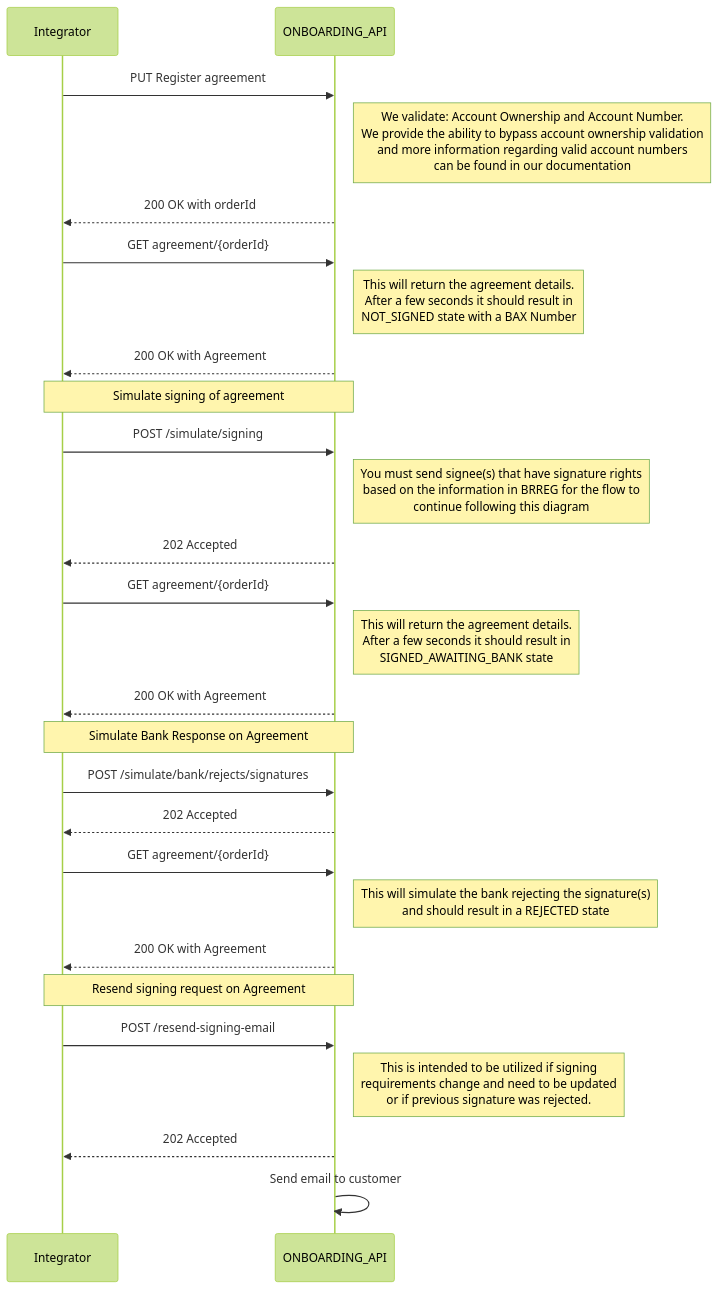
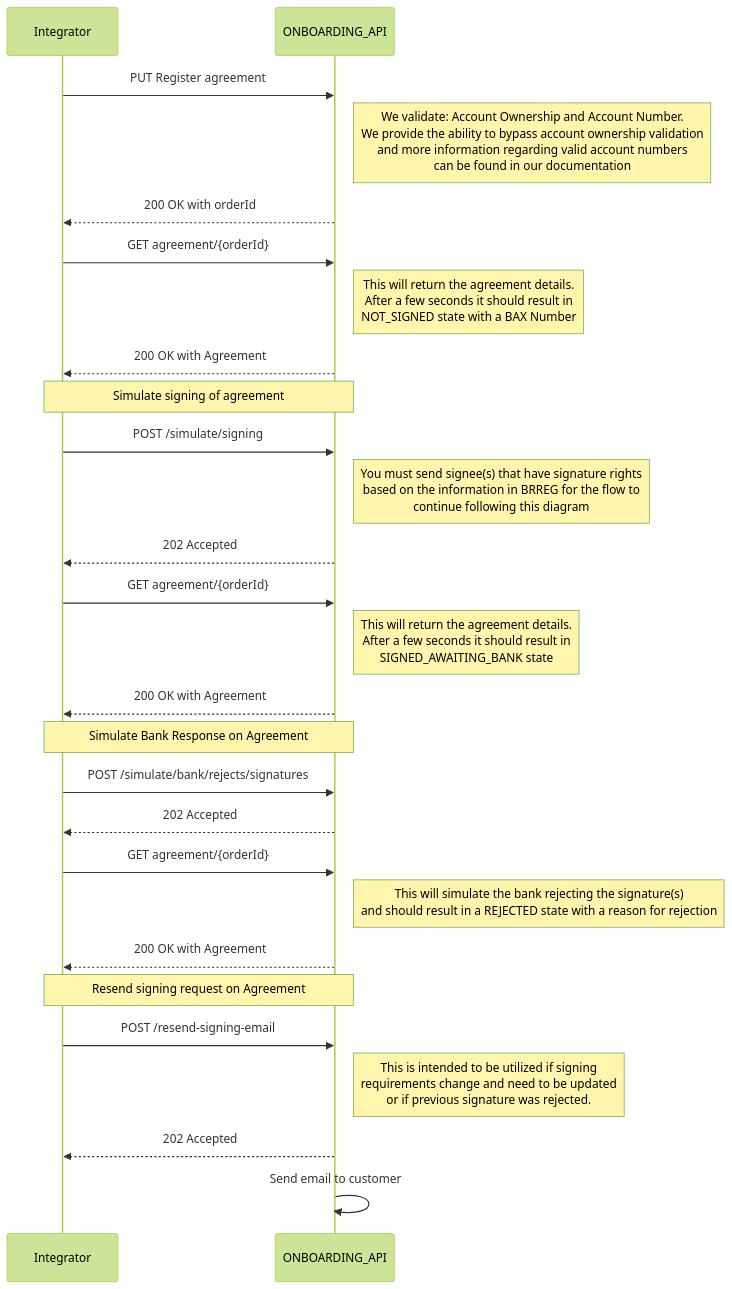
Before and after one commit to BankAxept/bankaxept-onboarding-external-documentation: the fifth of 6 diagrams in docs/getting_started.md, drawn with Mermaid (forest theme). The commit also changed other lines of this file and 3 other files, not shown here.

````diff
--- a/docs/getting_started.md
+++ b/docs/getting_started.md
@@ -131,36 +141,36 @@
 ```mermaid
 sequenceDiagram
 participant I as Integrator
 participant O as ONBOARDING_API
 
 I ->> O: PUT Register agreement
 note right of O: We validate: Account Ownership and Account Number. <br/> We provide the ability to bypass account ownership validation <br/> and more information regarding valid account numbers <br/> can be found in our documentation
 O -->> I: 200 OK with orderId
 
 I ->> O: GET agreement/{orderId}
 note right of O: This will return the agreement details. <br/> After a few seconds it should result in <br/> NOT_SIGNED state with a BAX Number
 O -->> I: 200 OK with Agreement
 note over I, O: Simulate signing of agreement
 I ->> O: POST /simulate/signing
 note right of O: You must send signee(s) that have signature rights <br/> based on the information in BRREG for the flow to <br/> continue following this diagram
 O -->> I: 202 Accepted
 I ->> O: GET agreement/{orderId}
 note right of O: This will return the agreement details. <br/> After a few seconds it should result in <br/> SIGNED_AWAITING_BANK state
 O -->> I: 200 OK with Agreement
 
 note over I, O: Simulate Bank Response on Agreement
 
 I ->> O: POST /simulate/bank/rejects/signatures
 
 O -->> I: 202 Accepted
 I ->> O: GET agreement/{orderId}
-note right of O: This will simulate the bank rejecting the signature(s) <br/> and should result in a REJECTED state
+note right of O: This will simulate the bank rejecting the signature(s) <br/> and should result in a REJECTED state with a reason for rejection
 O -->> I: 200 OK with Agreement
 
 note over I, O: Resend signing request on Agreement
 I ->> O: POST /resend-signing-email
 note right of O: This is intended to be utilized if signing <br/> requirements change and need to be updated <br/> or if previous signature was rejected.
 
 O -->> I: 202 Accepted
 O ->> O: Send email to customer
 ```
````
